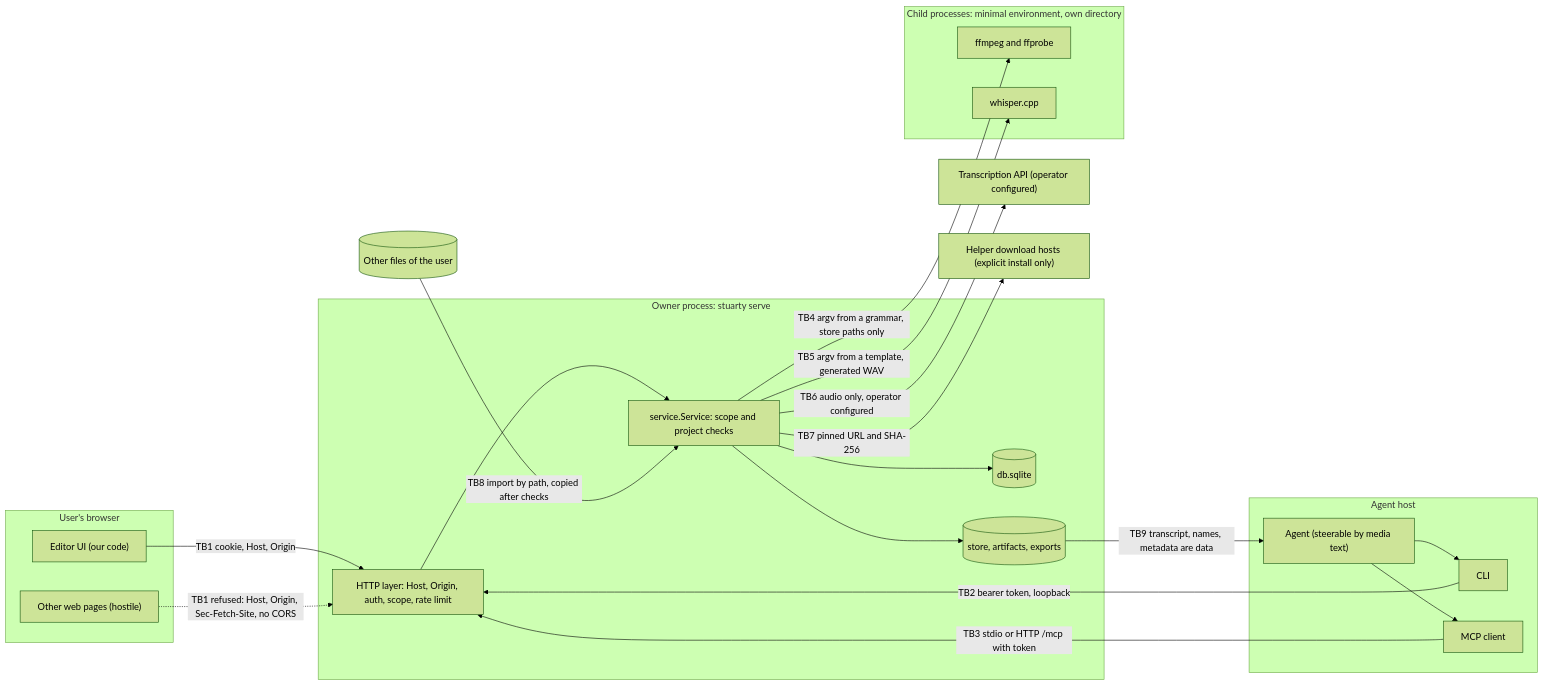
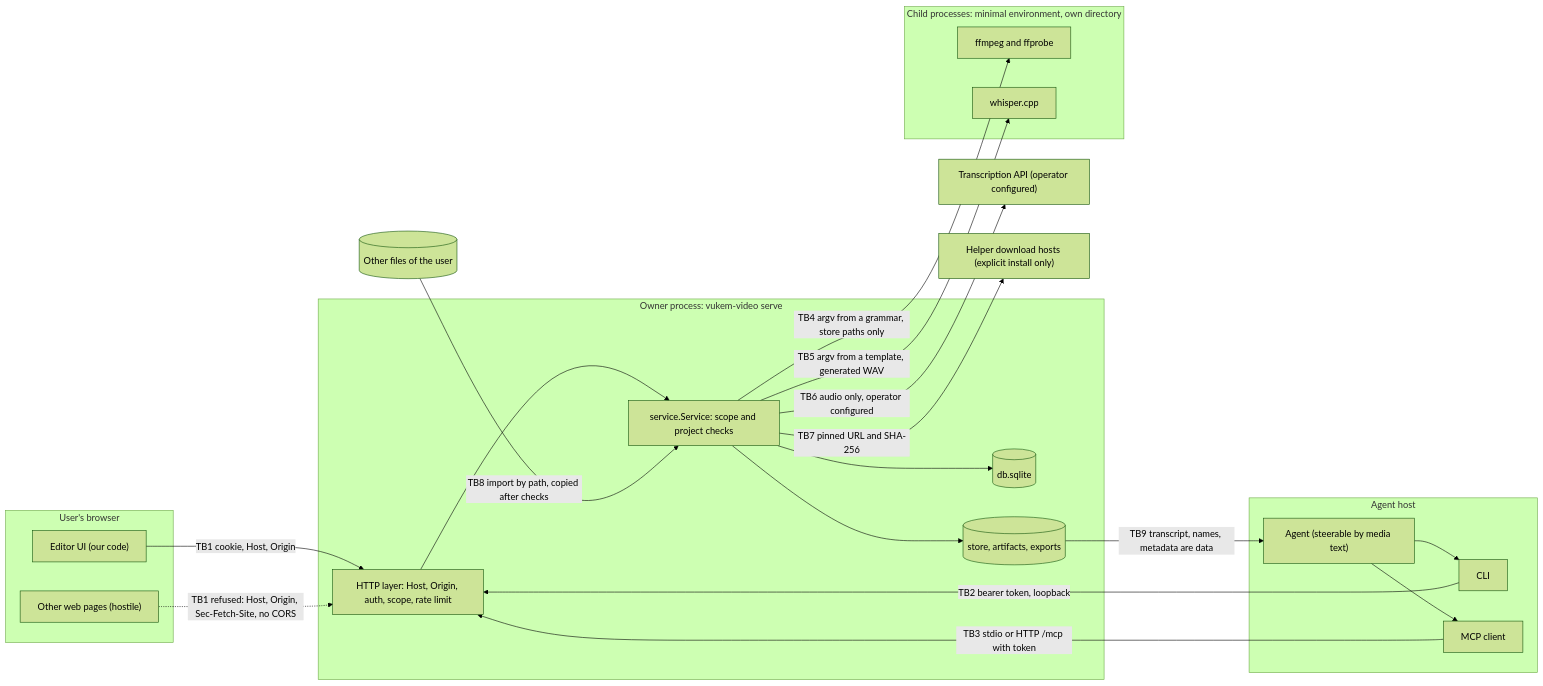
Before and after one commit to AlexGalhardo/stuarty: the diagram in docs/sdds/007-security-model.md, drawn with Mermaid (forest theme). The commit also changed other lines of this file and 4110 other files, not shown here.

````diff
--- a/docs/sdds/007-security-model.md
+++ b/docs/sdds/007-security-model.md
@@ -65,41 +65,41 @@
 ```mermaid
 flowchart LR
     subgraph BR["User's browser"]
         UI["Editor UI (our code)"]
         WEB["Other web pages (hostile)"]
     end
     subgraph AH["Agent host"]
         AG["Agent (steerable by media text)"]
         CLI["CLI"]
         MCPC["MCP client"]
     end
-    subgraph OP["Owner process: stuarty serve"]
+    subgraph OP["Owner process: vukem-video serve"]
         HTTP["HTTP layer: Host, Origin, auth, scope, rate limit"]
         SVC["service.Service: scope and project checks"]
         DB[("db.sqlite")]
         STORE[("store, artifacts, exports")]
     end
     subgraph CH["Child processes: minimal environment, own directory"]
         FF["ffmpeg and ffprobe"]
         WH["whisper.cpp"]
     end
     FS[("Other files of the user")]
     EXT["Transcription API (operator configured)"]
     DL["Helper download hosts (explicit install only)"]
 
     UI -->|"TB1 cookie, Host, Origin"| HTTP
     WEB -.->|"TB1 refused: Host, Origin, Sec-Fetch-Site, no CORS"| HTTP
     CLI -->|"TB2 bearer token, loopback"| HTTP
     MCPC -->|"TB3 stdio or HTTP /mcp with token"| HTTP
     AG --> CLI
     AG --> MCPC
     HTTP --> SVC
     SVC --> DB
     SVC --> STORE
     FS -->|"TB8 import by path, copied after checks"| SVC
     SVC -->|"TB4 argv from a grammar, store paths only"| FF
     SVC -->|"TB5 argv from a template, generated WAV"| WH
     SVC -->|"TB6 audio only, operator configured"| EXT
     SVC -->|"TB7 pinned URL and SHA-256"| DL
     STORE -->|"TB9 transcript, names, metadata are data"| AG
 ```
````
